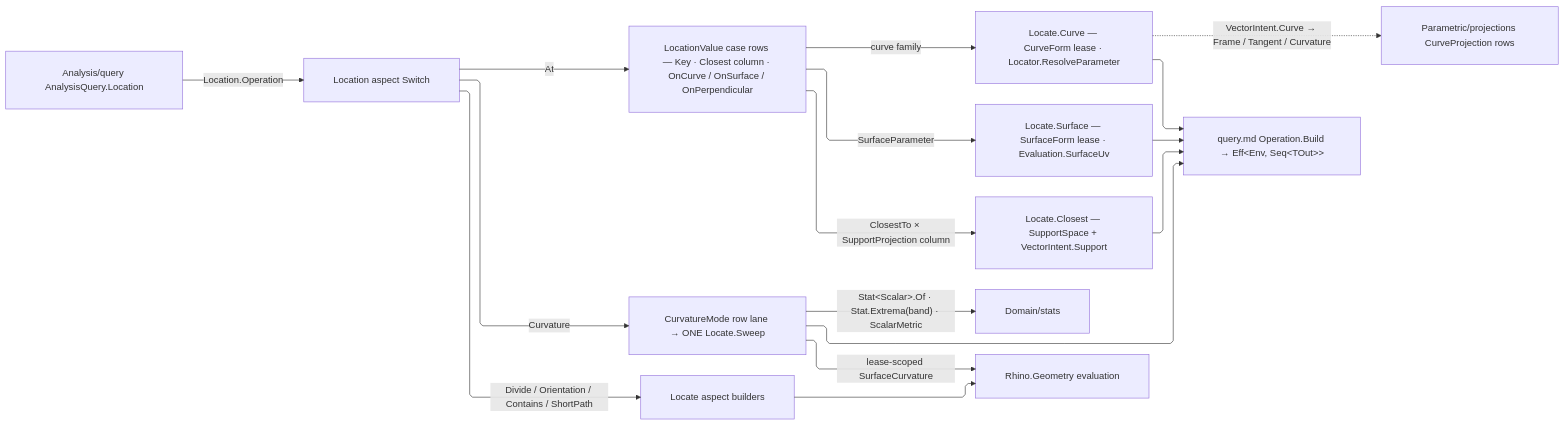
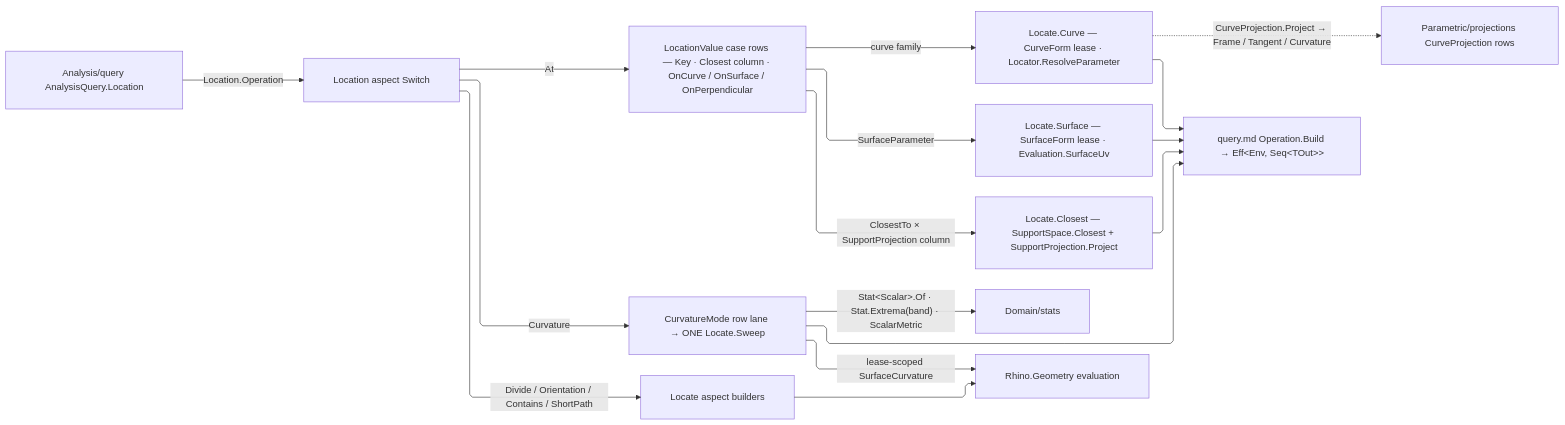
The diagram in libs/dotnet/Rasm/.planning/Parametric/locate.md (bsamiee/Rasm), drawn with Mermaid before and after one commit. The commit also changed other lines of this file and 68 other files, not shown here.

````diff
--- a/libs/dotnet/Rasm/.planning/Parametric/locate.md
+++ b/libs/dotnet/Rasm/.planning/Parametric/locate.md
@@ -541,24 +537,24 @@
 ```mermaid
 ---
 config:
   layout: elk
   flowchart:
     curve: linear
     padding: 25
 ---
 flowchart LR
     accTitle: Location operation flow
     accDescr: AnalysisQuery.Location routes aspects through the Locate spine — value rows resolve locator arms, divisions lower to host members, and the curvature sweep folds stations to stats.
     Query["Analysis/query AnalysisQuery.Location"] -->|Location.Operation| Location["Location aspect Switch"]
     Location -->|At| Rows["LocationValue case rows — Key · Closest column · OnCurve / OnSurface / OnPerpendicular"]
     Location -->|Curvature| Sweep["CurvatureMode row lane → ONE Locate.Sweep"]
     Location -->|Divide / Orientation / Contains / ShortPath| Spine["Locate aspect builders"]
     Rows -->|curve family| CurveArm["Locate.Curve — CurveForm lease · Locator.ResolveParameter"]
     Rows -->|SurfaceParameter| SurfaceArm["Locate.Surface — SurfaceForm lease · Evaluation.SurfaceUv"]
-    Rows -->|ClosestTo × SupportProjection column| ClosestArm["Locate.Closest — SupportSpace + VectorIntent.Support"]
-    CurveArm -.->|VectorIntent.Curve → Frame / Tangent / Curvature| Projections["Parametric/projections CurveProjection rows"]
+    Rows -->|ClosestTo × SupportProjection column| ClosestArm["Locate.Closest — SupportSpace.Closest + SupportProjection.Project"]
+    CurveArm -.->|CurveProjection.Project → Frame / Tangent / Curvature| Projections["Parametric/projections CurveProjection rows"]
     Sweep -->|"Stat&lt;Scalar&gt;.Of · Stat.Extrema(band) · ScalarMetric"| Stats["Domain/stats"]
     Sweep -->|lease-scoped SurfaceCurvature| Rhino["Rhino.Geometry evaluation"]
     Spine --> Rhino
     CurveArm & SurfaceArm & ClosestArm & Sweep --> Runtime["query.md Operation.Build → Eff&lt;Env, Seq&lt;TOut&gt;&gt;"]
 ```
````
